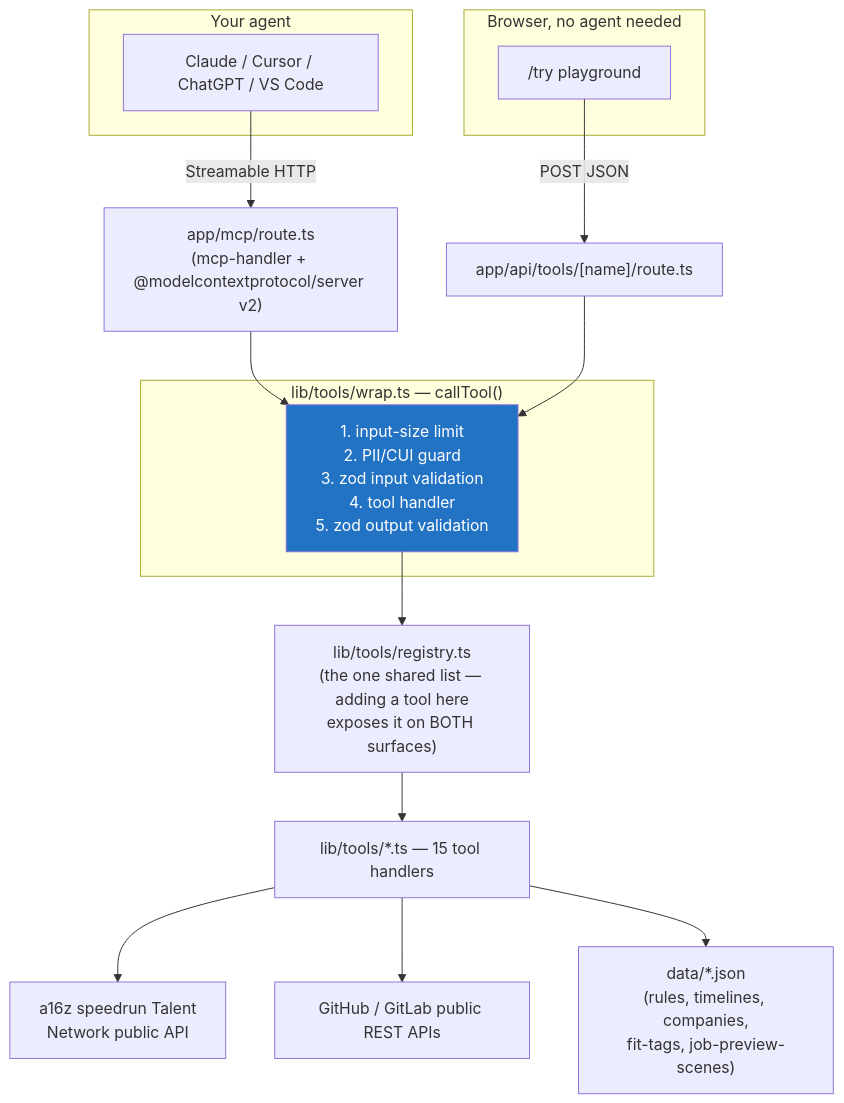
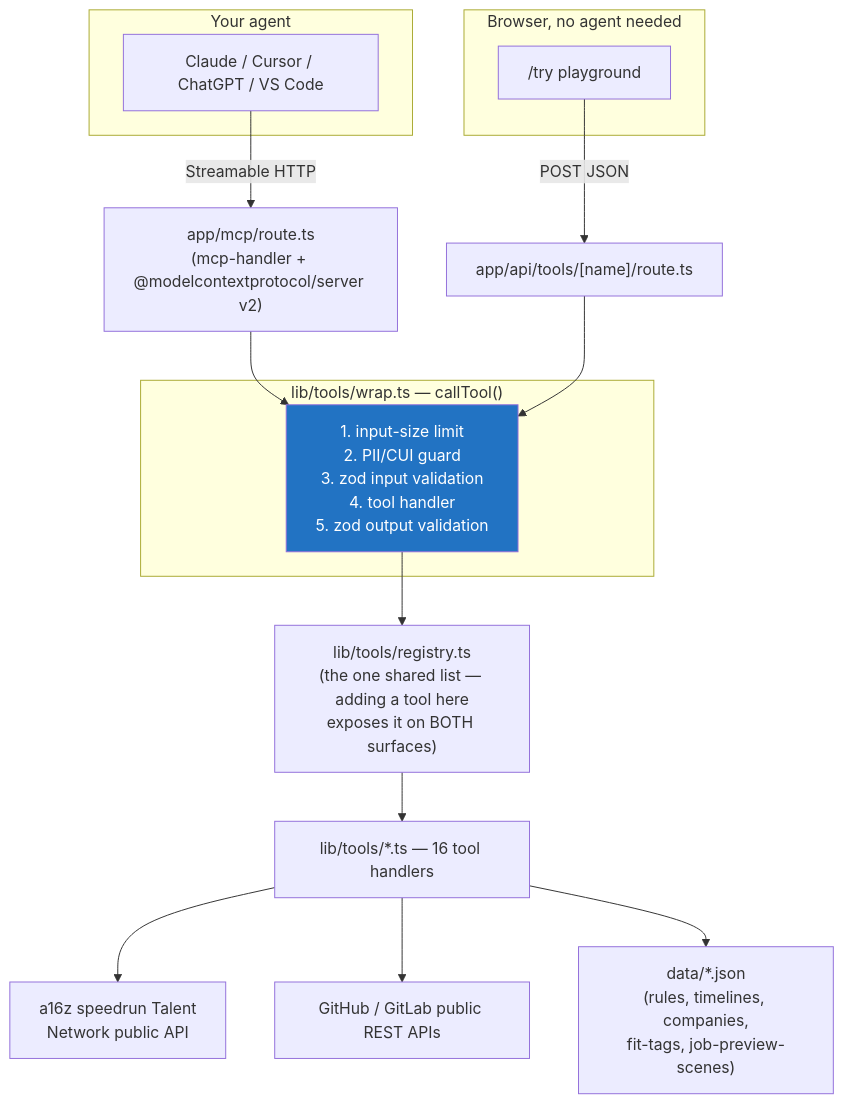
The diagram in README.md (JiwaniZakir/clearance-lens), drawn with Mermaid before and after one commit. The commit also changed other lines of this file and 19 other files, not shown here.

````diff
--- a/README.md
+++ b/README.md
@@ -70,28 +71,28 @@
 ```mermaid
 flowchart TB
     subgraph clients["Your agent"]
         A[Claude / Cursor / ChatGPT / VS Code]
     end
     subgraph browser["Browser, no agent needed"]
         B["/try playground"]
     end
 
     A -- "Streamable HTTP" --> MCP["app/mcp/route.ts<br/>(mcp-handler + @modelcontextprotocol/server v2)"]
     B -- "POST JSON" --> API["app/api/tools/[name]/route.ts"]
 
     MCP --> Wrap
     API --> Wrap
 
     subgraph core["lib/tools/wrap.ts — callTool()"]
         Wrap["1. input-size limit<br/>2. PII/CUI guard<br/>3. zod input validation<br/>4. tool handler<br/>5. zod output validation"]
     end
 
     Wrap --> Registry["lib/tools/registry.ts<br/>(the one shared list — adding a tool here\nexposes it on BOTH surfaces)"]
-    Registry --> Handlers["lib/tools/*.ts — 15 tool handlers"]
+    Registry --> Handlers["lib/tools/*.ts — 16 tool handlers"]
 
     Handlers --> Speedrun["a16z speedrun Talent\nNetwork public API"]
     Handlers --> GitHub["GitHub / GitLab public REST APIs"]
     Handlers --> Data["data/*.json\n(rules, timelines, companies,\nfit-tags, job-preview-scenes)"]
 
     style Wrap fill:#2273c3,color:#fff
 ```
````
